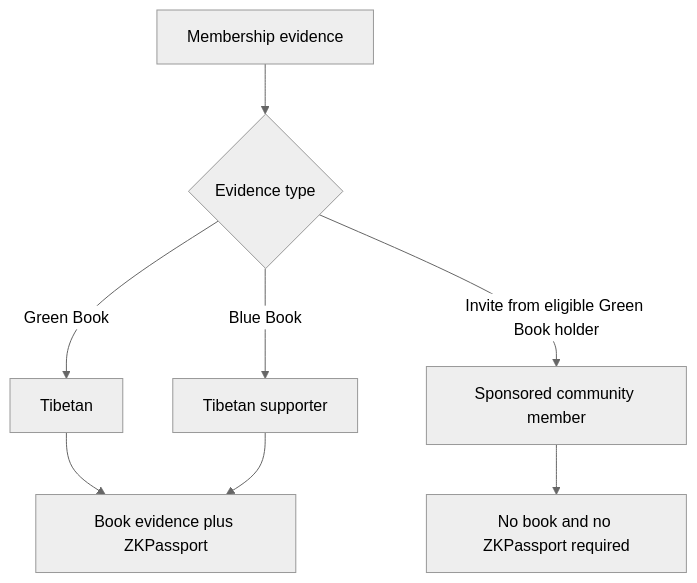
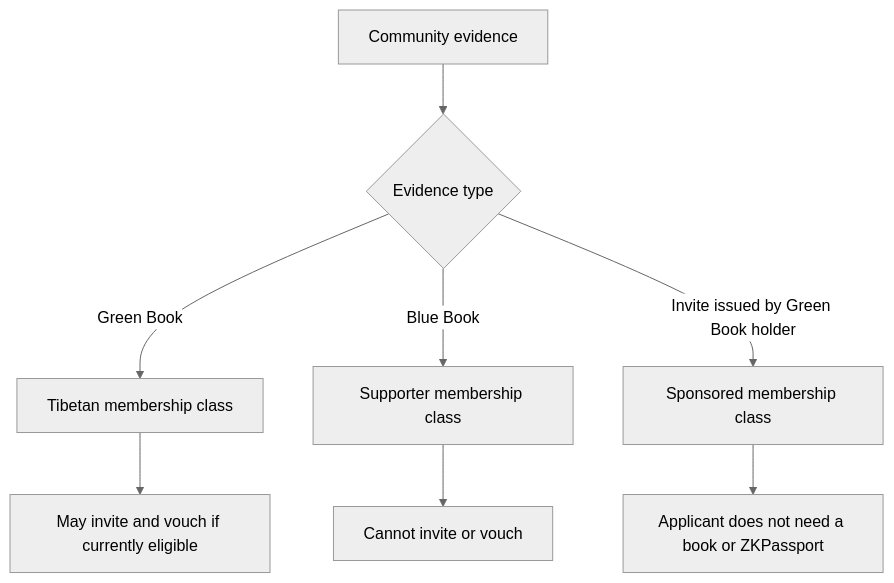
The first of 5 diagrams in README.md (AlexJupiter/tibetan-id), drawn with Mermaid (neutral theme) before and after one commit. The commit also changed other lines of this file, not shown here.

Commit message:
Simplify membership and custody flows

````diff
--- a/README.md
+++ b/README.md
@@ -31,11 +36,11 @@
 ```mermaid
 flowchart TD
-    A[Membership evidence] --> B{Evidence type}
-    B -->|Green Book| C[Tibetan]
-    B -->|Blue Book| D[Tibetan supporter]
-    B -->|Invite from eligible Green Book holder| E[Sponsored community member]
+    A[Community evidence] --> B{Evidence type}
+    B -->|Green Book| C[Tibetan membership class]
+    B -->|Blue Book| D[Supporter membership class]
+    B -->|Invite issued by Green Book holder| E[Sponsored membership class]
 
-    C --> F[Book evidence plus ZKPassport]
-    D --> F
-    E --> G[No book and no ZKPassport required]
+    C --> F[May invite and vouch if currently eligible]
+    D --> G[Cannot invite or vouch]
+    E --> H[Applicant does not need a book or ZKPassport]
 ```
````
